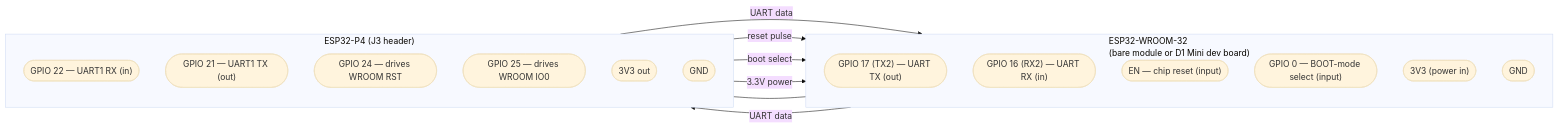
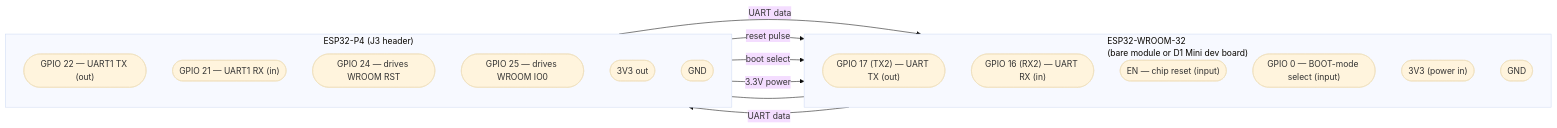
Before and after one commit to LeonMeln/esp32p4-android-auto: the third of 3 diagrams in README.md, drawn with Mermaid (base theme). The commit also changed other lines of this file and 1 other file, not shown here.

````diff
--- a/README.md
+++ b/README.md
@@ -197,29 +211,29 @@
 ```mermaid
 flowchart LR
     subgraph WROOM["ESP32-WROOM-32<br/>(bare module or D1 Mini dev board)"]
         direction TB
         W17(["GPIO 17 (TX2) — UART TX (out)"])
         W16(["GPIO 16 (RX2) — UART RX (in)"])
         WEN(["EN — chip reset (input)"])
         WIO0(["GPIO 0 — BOOT-mode select (input)"])
         W3V3(["3V3 (power in)"])
         WGND(["GND"])
     end
 
     subgraph P4J3["ESP32-P4 (J3 header)"]
         direction TB
-        P22(["GPIO 22 — UART1 RX (in)"])
-        P21(["GPIO 21 — UART1 TX (out)"])
+        P22(["GPIO 22 — UART1 TX (out)"])
+        P21(["GPIO 21 — UART1 RX (in)"])
         P24(["GPIO 24 — drives WROOM RST"])
         P25(["GPIO 25 — drives WROOM IO0"])
         P3V3(["3V3 out"])
         PGND(["GND"])
     end
 
-    W17 -->|UART data| P22
-    P21 -->|UART data| W16
+    P22 -->|UART data| W16
+    W17 -->|UART data| P21
     P24 -->|reset pulse| WEN
     P25 -->|boot select| WIO0
     P3V3 -->|3.3V power| W3V3
     PGND --- WGND
 ```
````
